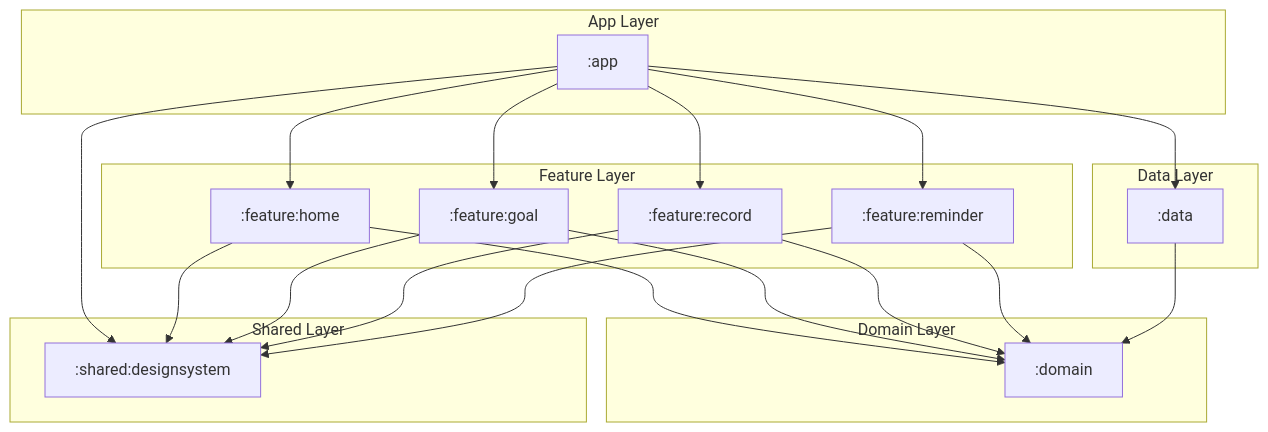
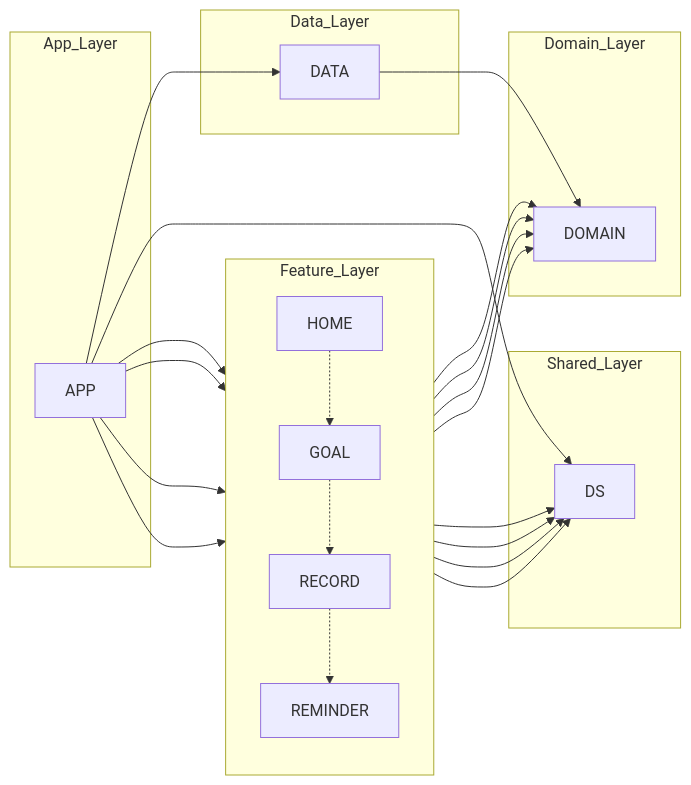
Before and after one commit to Jiyeong-kor/RunningGoalTracker: the diagram in README.md, drawn with Mermaid.

````diff
--- a/README.md
+++ b/README.md
@@ -72,46 +72,51 @@
 ```mermaid
-graph TD
-    %% 모듈 정의
-    subgraph App_Layer [App Layer]
-        APP[":app"]
+graph LR
+    subgraph App_Layer
+        APP
     end
 
-    subgraph Feature_Layer [Feature Layer]
-        HOME[":feature:home"]
-        GOAL[":feature:goal"]
-        RECORD[":feature:record"]
-        REMINDER[":feature:reminder"]
+    subgraph Feature_Layer
+        direction TB
+        HOME
+        GOAL
+        RECORD
+        REMINDER
     end
 
-    subgraph Data_Layer [Data Layer]
-        DATA[":data"]
+    subgraph Domain_Layer
+        DOMAIN
     end
 
-    subgraph Domain_Layer [Domain Layer]
-        DOMAIN[":domain"]
+    subgraph Data_Layer
+        DATA
     end
 
-    subgraph Shared_Layer [Shared Layer]
-        DS[":shared:designsystem"]
+    subgraph Shared_Layer
+        DS
     end
 
-    %% 의존성 관계 (build.gradle.kts 기반)
     APP --> HOME
     APP --> GOAL
     APP --> RECORD
     APP --> REMINDER
     APP --> DATA
     APP --> DS
 
-    %% 일반적인 Clean Architecture 흐름
     HOME --> DOMAIN
+    GOAL --> DOMAIN
+    RECORD --> DOMAIN
+    REMINDER --> DOMAIN
+
     HOME --> DS
-    GOAL --> DOMAIN
     GOAL --> DS
-    RECORD --> DOMAIN
     RECORD --> DS
-    REMINDER --> DOMAIN
     REMINDER --> DS
 
     DATA --> DOMAIN
+
+    %% 정렬용 invisible links
+    HOME -.-> GOAL
+    GOAL -.-> RECORD
+    RECORD -.-> REMINDER
+
 ```
````
